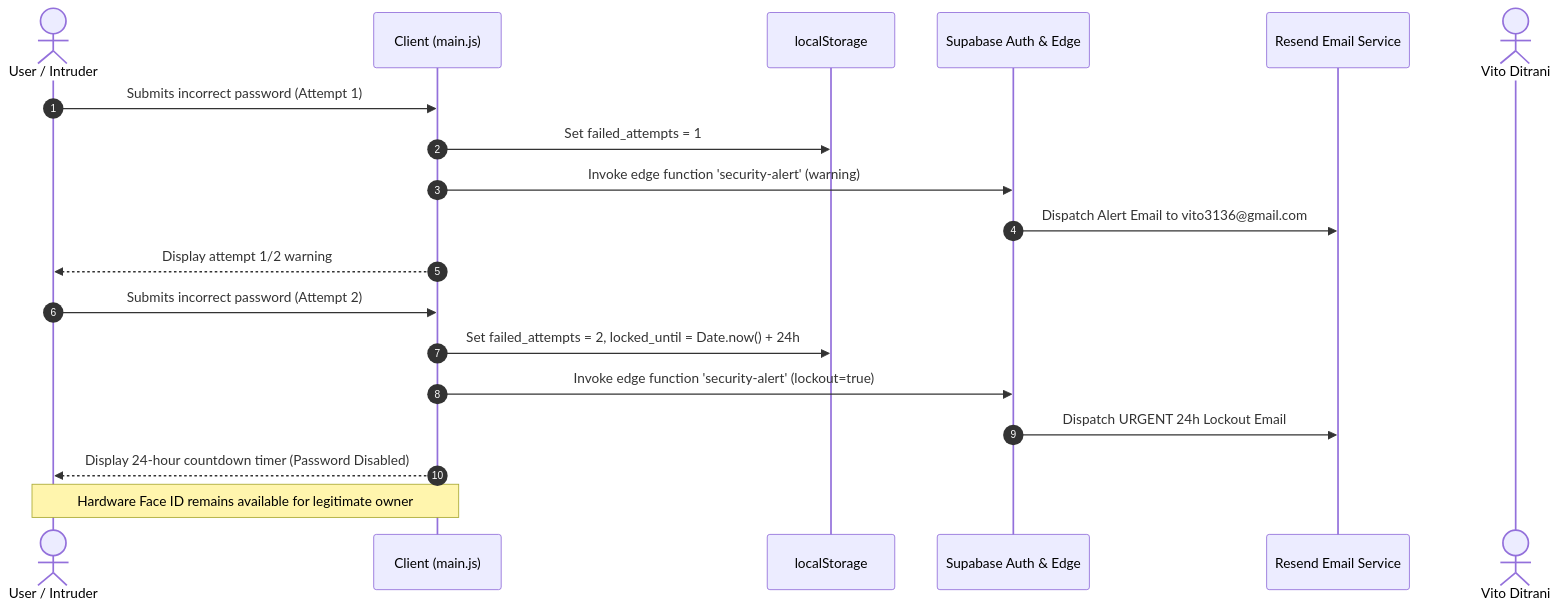
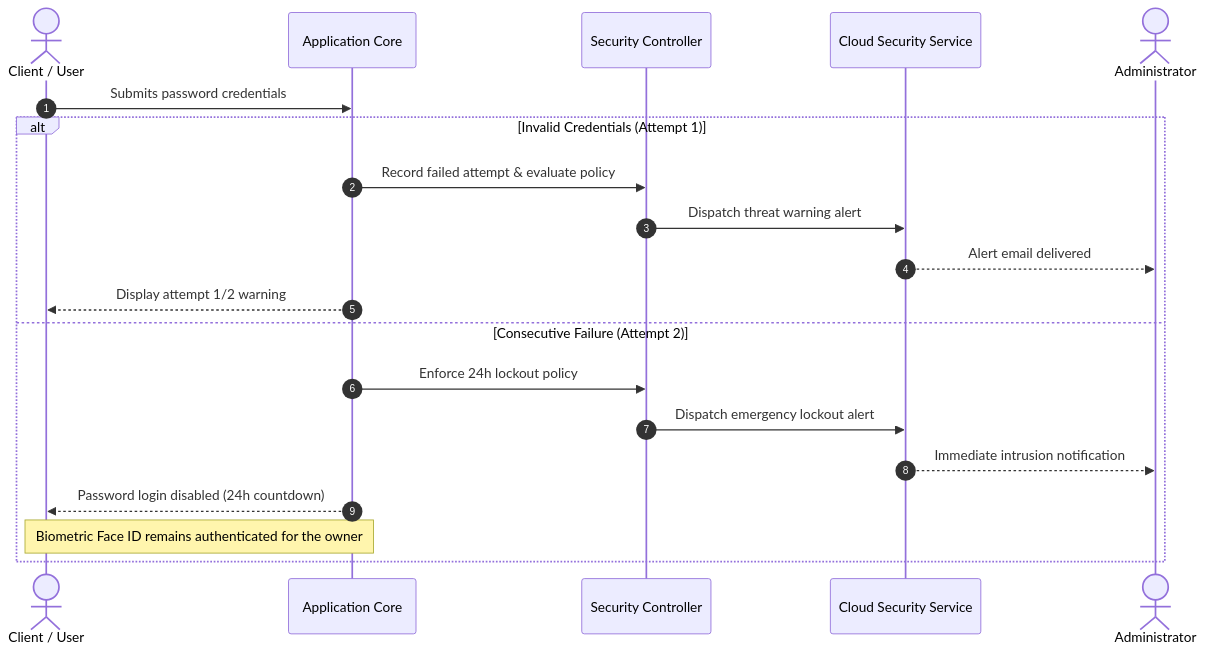
Before and after one commit to Vito3136/Finance_Management: the third of 3 diagrams in README.md, drawn with Mermaid. The commit also changed other lines of this file, not shown here.

Commit message:
security: sanitize email and abstract security lockout internals in README.md

````diff
--- a/README.md
+++ b/README.md
@@ -313,23 +313,23 @@
 ```mermaid
 sequenceDiagram
     autonumber
-    actor Attacker as User / Intruder
-    participant App as Client (main.js)
-    participant Local as localStorage
-    participant Supa as Supabase Auth & Edge
-    participant Resend as Resend Email Service
-    actor Owner as Vito Ditrani
+    actor Client as Client / User
+    participant App as Application Core
+    participant Sec as Security Controller
+    participant Cloud as Cloud Security Service
+    actor Owner as Administrator
 
-    Attacker->>App: Submits incorrect password (Attempt 1)
-    App->>Local: Set failed_attempts = 1
-    App->>Supa: Invoke edge function 'security-alert' (warning)
-    Supa->>Resend: Dispatch Alert Email to vito3136@gmail.com
-    App-->>Attacker: Display attempt 1/2 warning
-
-    Attacker->>App: Submits incorrect password (Attempt 2)
-    App->>Local: Set failed_attempts = 2, locked_until = Date.now() + 24h
-    App->>Supa: Invoke edge function 'security-alert' (lockout=true)
-    Supa->>Resend: Dispatch URGENT 24h Lockout Email
-    App-->>Attacker: Display 24-hour countdown timer (Password Disabled)
-    Note over App,Attacker: Hardware Face ID remains available for legitimate owner
+    Client->>App: Submits password credentials
+    alt Invalid Credentials (Attempt 1)
+        App->>Sec: Record failed attempt & evaluate policy
+        Sec->>Cloud: Dispatch threat warning alert
+        Cloud-->>Owner: Alert email delivered
+        App-->>Client: Display attempt 1/2 warning
+    else Consecutive Failure (Attempt 2)
+        App->>Sec: Enforce 24h lockout policy
+        Sec->>Cloud: Dispatch emergency lockout alert
+        Cloud-->>Owner: Immediate intrusion notification
+        App-->>Client: Password login disabled (24h countdown)
+        Note over App,Client: Biometric Face ID remains authenticated for the owner
+    end
 ```
````
